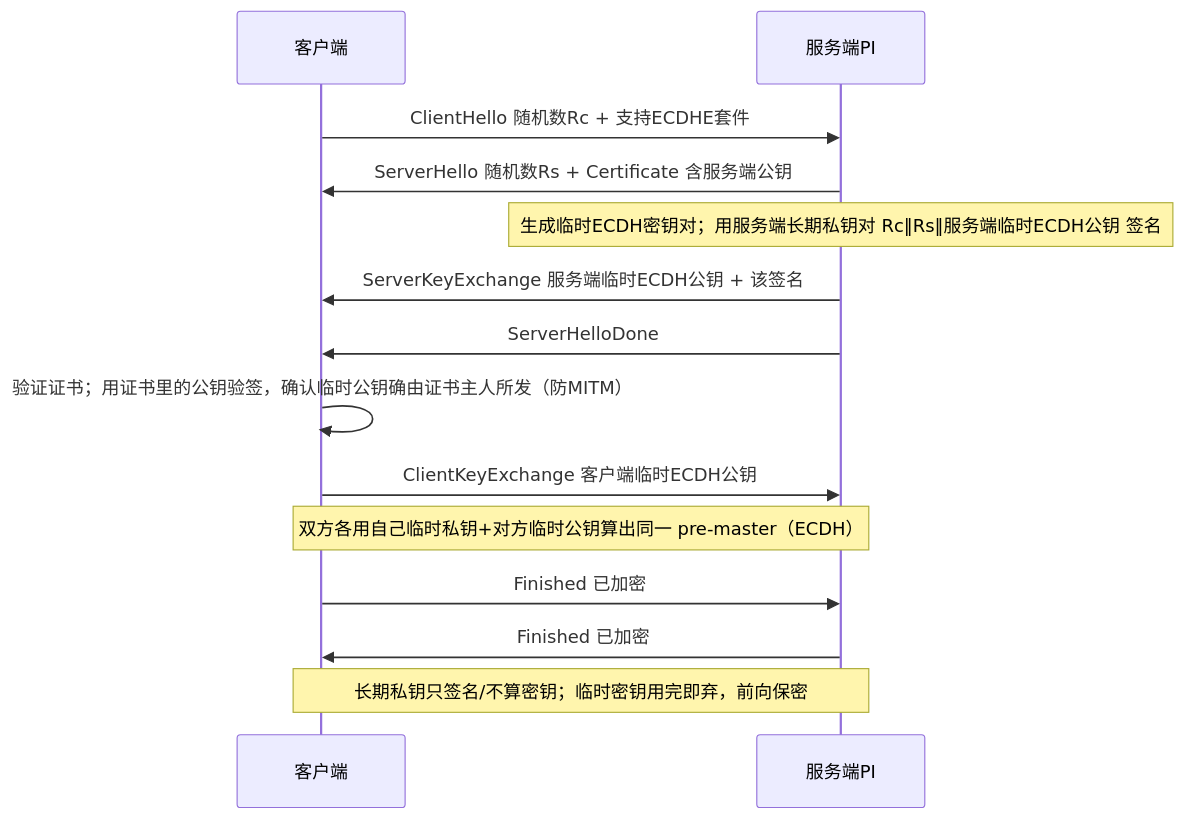
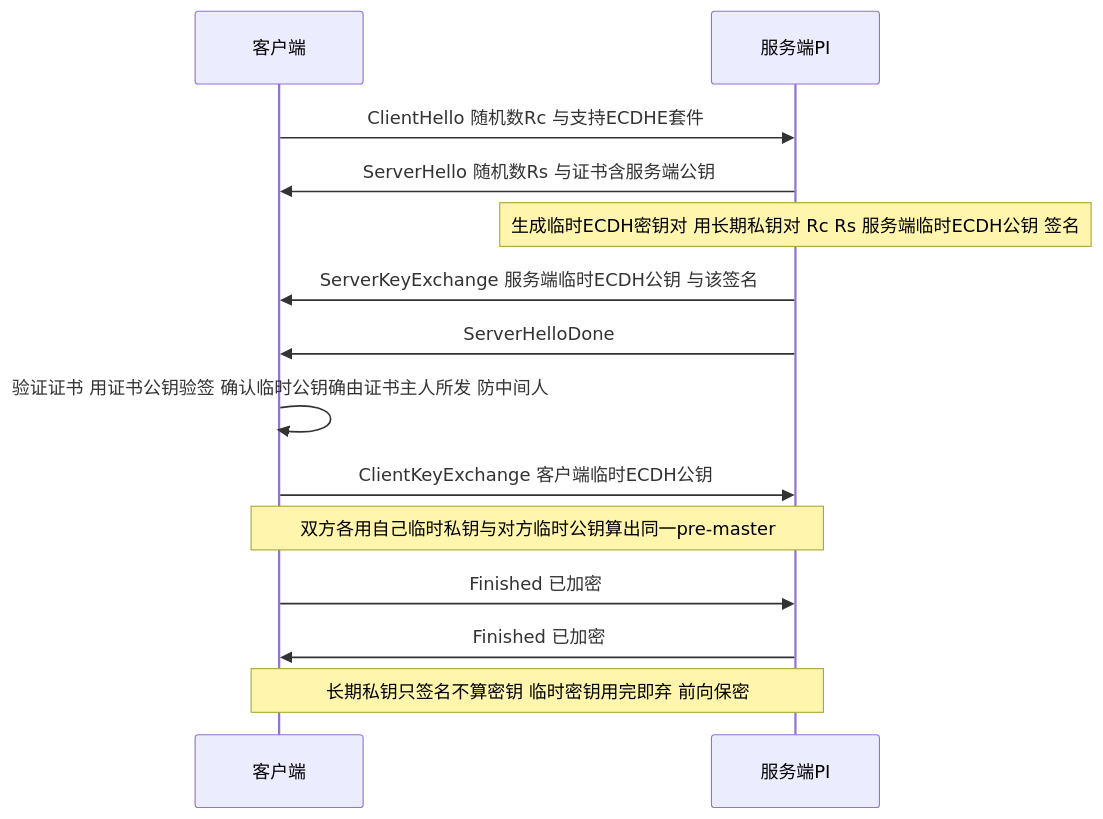
Before and after one commit to vb-wjt/study: the second of 4 diagrams in origin/2-projects/vertiv/PI/experience/v4.0/security-fix/design/background/tls-and-certificate-primer.md, drawn with Mermaid. The commit also changed other lines of this file and 6 other files, not shown here.

````diff
--- a/origin/2-projects/vertiv/PI/experience/v4.0/security-fix/design/background/tls-and-certificate-primer.md
+++ b/origin/2-projects/vertiv/PI/experience/v4.0/security-fix/design/background/tls-and-certificate-primer.md
@@ -43,16 +43,16 @@
 ```mermaid
 sequenceDiagram
   participant C as 客户端
   participant S as 服务端PI
-  C->>S: ClientHello 随机数Rc + 支持ECDHE套件
-  S->>C: ServerHello 随机数Rs + Certificate 含服务端公钥
-  Note over S: 生成临时ECDH密钥对；用服务端长期私钥对 Rc‖Rs‖服务端临时ECDH公钥 签名
-  S->>C: ServerKeyExchange 服务端临时ECDH公钥 + 该签名
+  C->>S: ClientHello 随机数Rc 与支持ECDHE套件
+  S->>C: ServerHello 随机数Rs 与证书含服务端公钥
+  Note over S: 生成临时ECDH密钥对 用长期私钥对 Rc Rs 服务端临时ECDH公钥 签名
+  S->>C: ServerKeyExchange 服务端临时ECDH公钥 与该签名
   S->>C: ServerHelloDone
-  C->>C: 验证证书；用证书里的公钥验签，确认临时公钥确由证书主人所发（防MITM）
+  C->>C: 验证证书 用证书公钥验签 确认临时公钥确由证书主人所发 防中间人
   C->>S: ClientKeyExchange 客户端临时ECDH公钥
-  Note over C,S: 双方各用自己临时私钥+对方临时公钥算出同一 pre-master（ECDH）
+  Note over C,S: 双方各用自己临时私钥与对方临时公钥算出同一pre-master
   C->>S: Finished 已加密
   S->>C: Finished 已加密
-  Note over C,S: 长期私钥只签名/不算密钥；临时密钥用完即弃，前向保密
+  Note over C,S: 长期私钥只签名不算密钥 临时密钥用完即弃 前向保密
 ```
````
